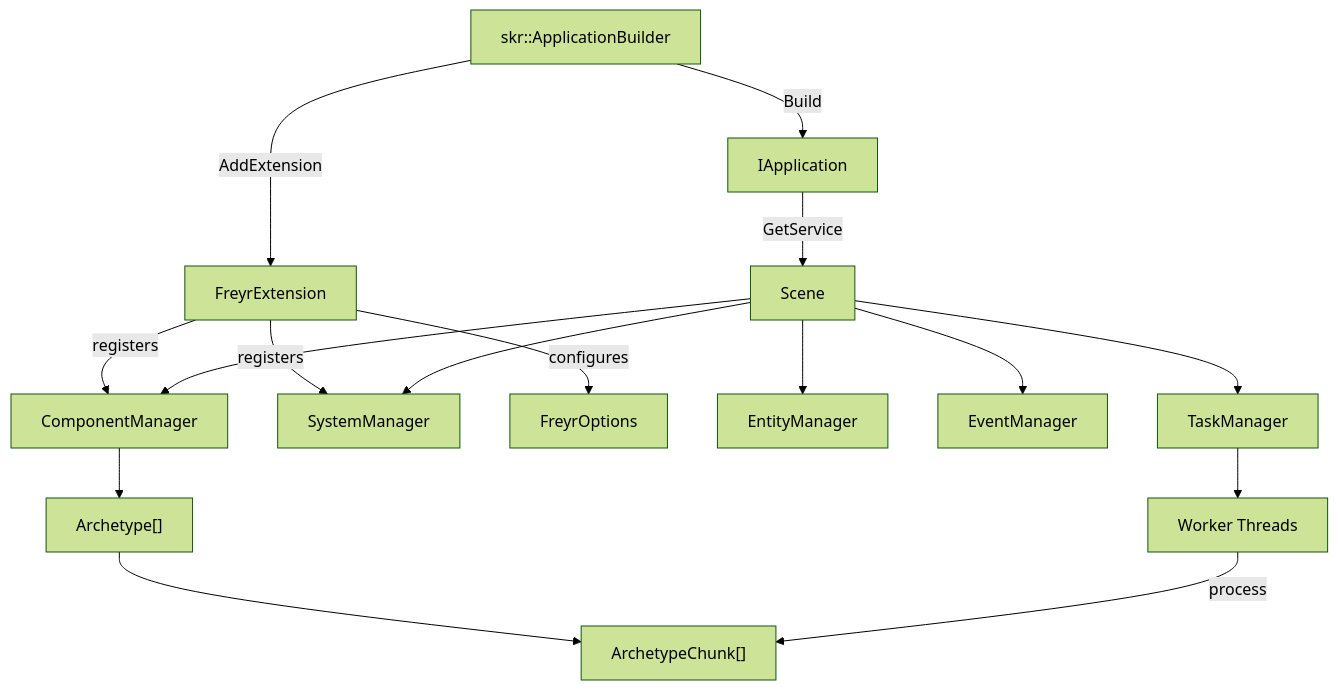
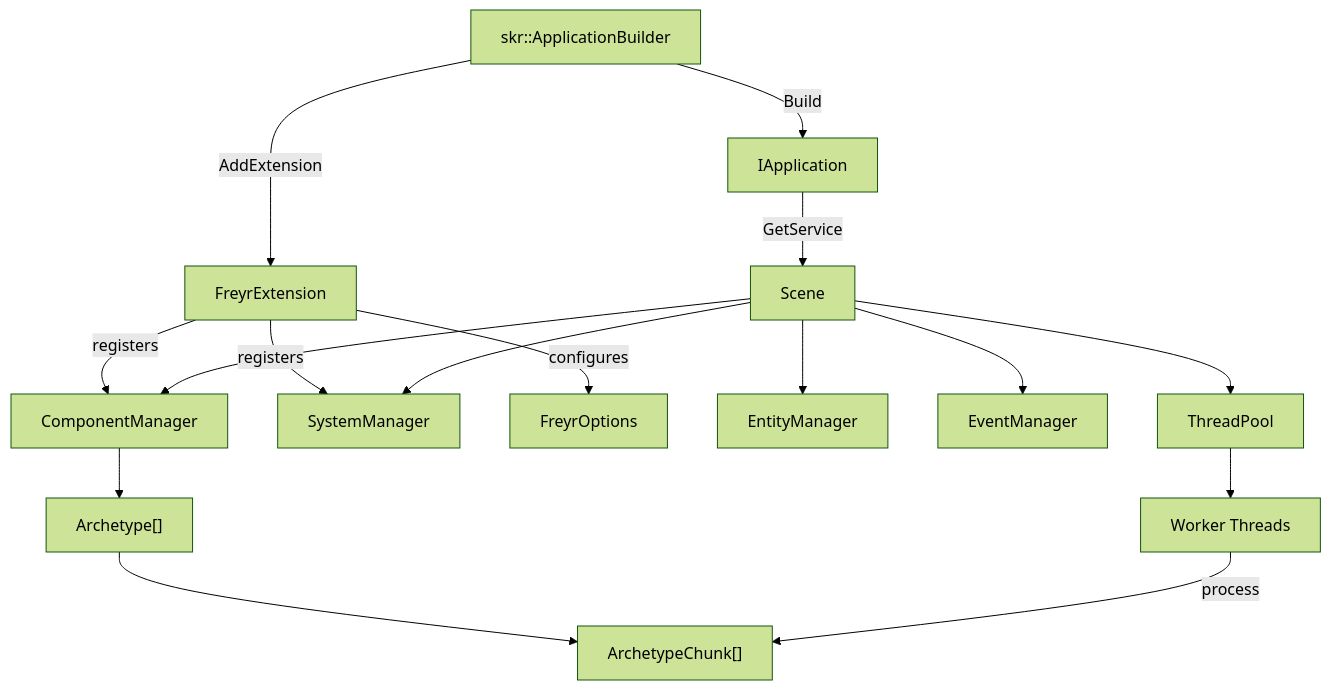
Before and after one commit to gilmar-sales/Freyr: the first of 2 diagrams in docs/concepts/architecture.md, drawn with Mermaid (forest theme). The commit also changed other lines of this file and 12 other files, not shown here.

Commit message:
chore: rename task manager to thread pool

````diff
--- a/docs/concepts/architecture.md
+++ b/docs/concepts/architecture.md
@@ -5,20 +5,20 @@
 ```mermaid
 graph TD
     FB["skr::ApplicationBuilder"] -->|AddExtension| FE["FreyrExtension"]
     FE -->|registers| CM["ComponentManager"]
     FE -->|registers| SM["SystemManager"]
     FE -->|configures| OPT["FreyrOptions"]
     FB -->|Build| APP["IApplication"]
     APP -->|GetService| SC["Scene"]
 
     SC --> CM
     SC --> EM["EntityManager"]
     SC --> EVM["EventManager"]
     SC --> SM
-    SC --> TM["TaskManager"]
+    SC --> TM["ThreadPool"]
 
     CM --> ARCH["Archetype[]"]
     ARCH --> CHUNK["ArchetypeChunk[]"]
     TM --> WORKERS["Worker Threads"]
     WORKERS -->|process| CHUNK
 ```
````
